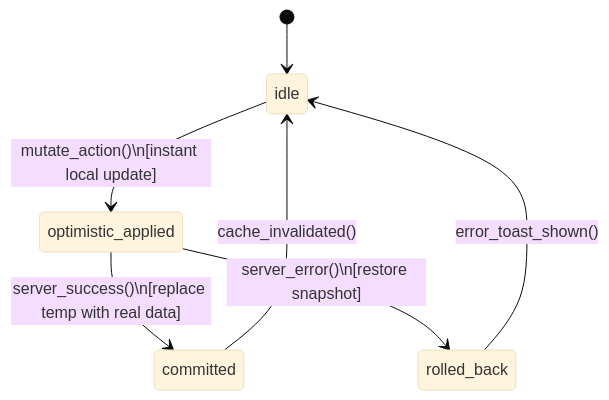
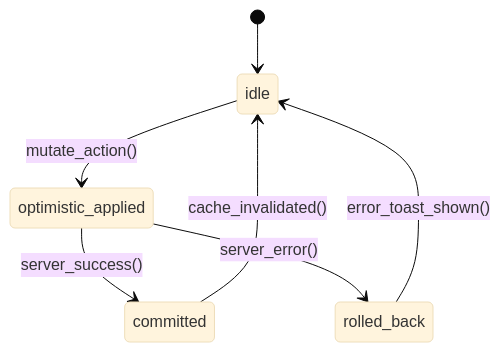
One commit to quangtanfet-commits/weup-career changed the ninth of 9 diagrams in docs/architecture/state-diagrams.md. Above: the diagram before and after it, drawn with Mermaid (base theme). The commit also changed other lines of this file and 39 other files, not shown here.

````diff
--- a/docs/architecture/state-diagrams.md
+++ b/docs/architecture/state-diagrams.md
@@ -159,12 +204,9 @@
 ```mermaid
 stateDiagram-v2
     [*] --> idle
-
-    idle --> optimistic_applied : mutate_action()\n[instant local update]
-    
-    optimistic_applied --> committed : server_success()\n[replace temp with real data]
-    optimistic_applied --> rolled_back : server_error()\n[restore snapshot]
-
+    idle --> optimistic_applied : mutate_action()
+    optimistic_applied --> committed : server_success()
+    optimistic_applied --> rolled_back : server_error()
     committed --> idle : cache_invalidated()
     rolled_back --> idle : error_toast_shown()
 ```
````
